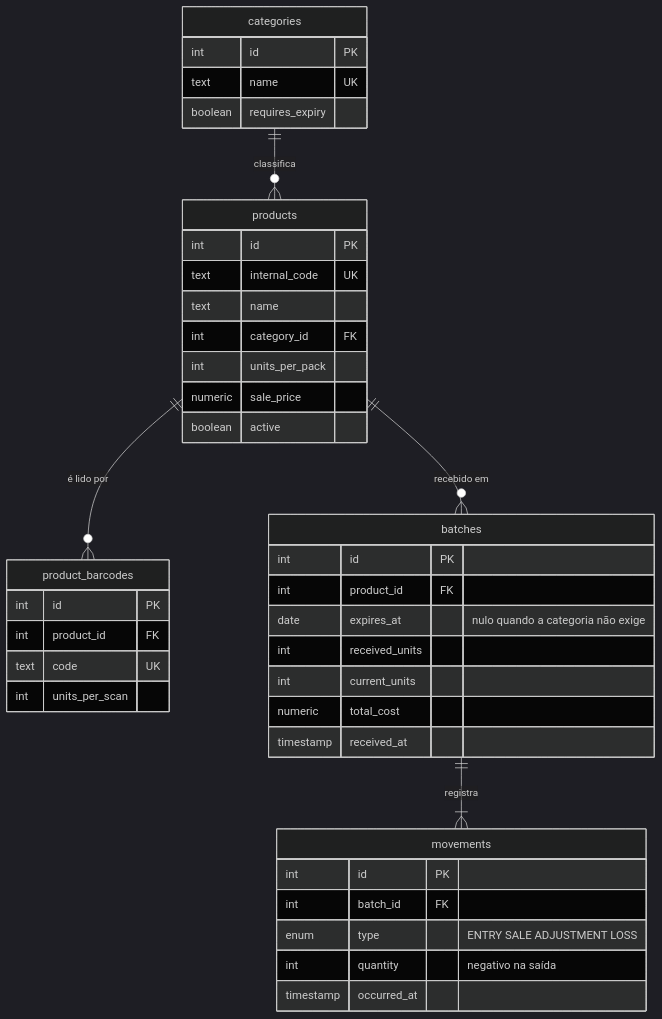
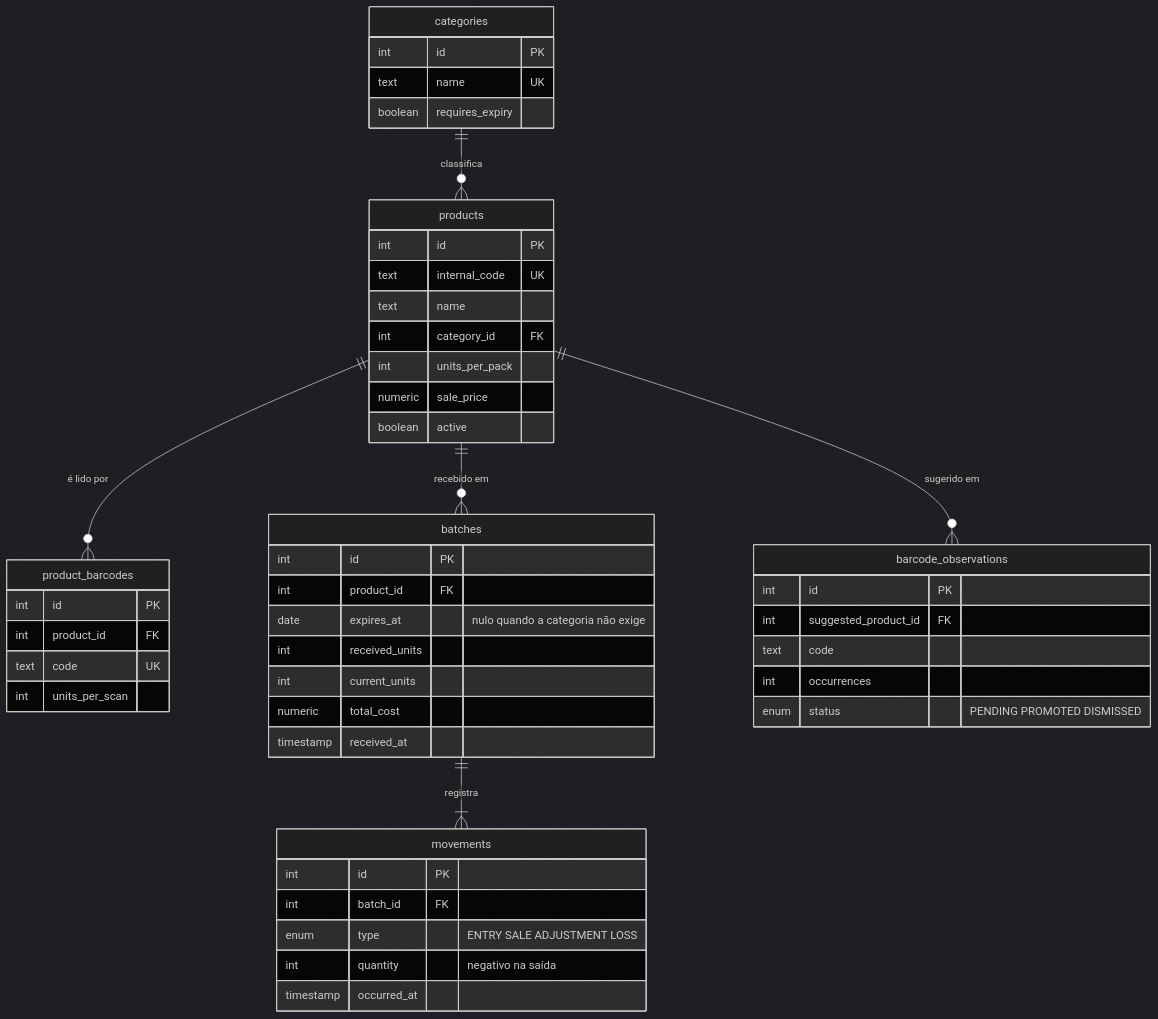
One commit to eugeniol2/productsManagementStockAPI changed the diagram in JOURNAL.md. Above: the diagram before and after it, drawn with Mermaid (dark theme). The commit also changed other lines of this file and 10 other files, not shown here.

````diff
--- a/JOURNAL.md
+++ b/JOURNAL.md
@@ -15,44 +17,52 @@
 ```mermaid
 erDiagram
     categories ||--o{ products : classifica
     products ||--o{ product_barcodes : "é lido por"
     products ||--o{ batches : "recebido em"
+    products ||--o{ barcode_observations : "sugerido em"
     batches ||--|{ movements : registra
 
     categories {
         int id PK
         text name UK
         boolean requires_expiry
     }
     products {
         int id PK
         text internal_code UK
         text name
         int category_id FK
         int units_per_pack
         numeric sale_price
         boolean active
     }
     product_barcodes {
         int id PK
         int product_id FK
         text code UK
         int units_per_scan
     }
     batches {
         int id PK
         int product_id FK
         date expires_at "nulo quando a categoria não exige"
         int received_units
         int current_units
         numeric total_cost
         timestamp received_at
     }
     movements {
         int id PK
         int batch_id FK
         enum type "ENTRY SALE ADJUSTMENT LOSS"
         int quantity "negativo na saída"
         timestamp occurred_at
     }
+    barcode_observations {
+        int id PK
+        int suggested_product_id FK
+        text code
+        int occurrences
+        enum status "PENDING PROMOTED DISMISSED"
+    }
 ```
````
